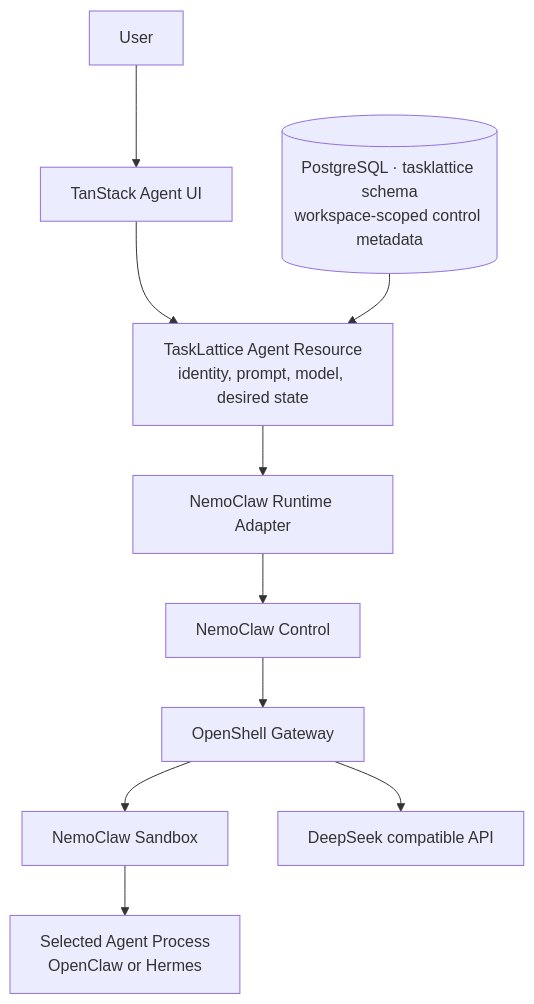
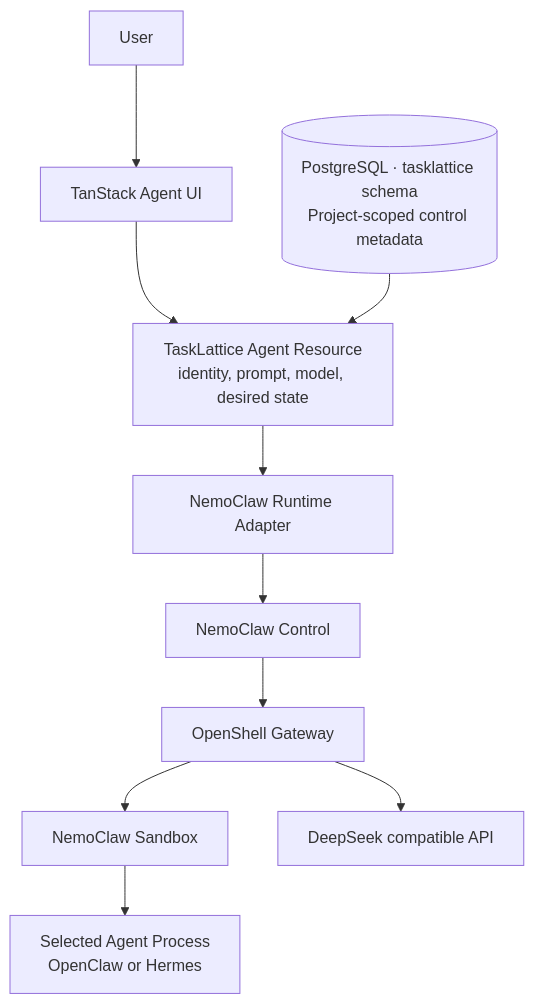
Before and after one commit to feng2009-hub/tasklattice-relay: the first of 2 diagrams in docs/mvp-core-flow.md, drawn with Mermaid. The commit also changed other lines of this file and 289 other files, not shown here.

````diff
--- a/docs/mvp-core-flow.md
+++ b/docs/mvp-core-flow.md
@@ -19,12 +19,12 @@
 ```mermaid
 flowchart TD
     USER["User"] --> UI["TanStack Agent UI"]
     UI --> RESOURCE["TaskLattice Agent Resource<br/>identity, prompt, model, desired state"]
-    DB[("PostgreSQL · tasklattice schema<br/>workspace-scoped control metadata")] --> RESOURCE
+    DB[("PostgreSQL · tasklattice schema<br/>Project-scoped control metadata")] --> RESOURCE
     RESOURCE --> ADAPTER["NemoClaw Runtime Adapter"]
     ADAPTER --> CONTROL["NemoClaw Control"]
     CONTROL --> GATEWAY["OpenShell Gateway"]
     GATEWAY --> SANDBOX["NemoClaw Sandbox"]
     SANDBOX --> AGENT["Selected Agent Process<br/>OpenClaw or Hermes"]
     GATEWAY --> INFERENCE["DeepSeek compatible API"]
 ```
````
